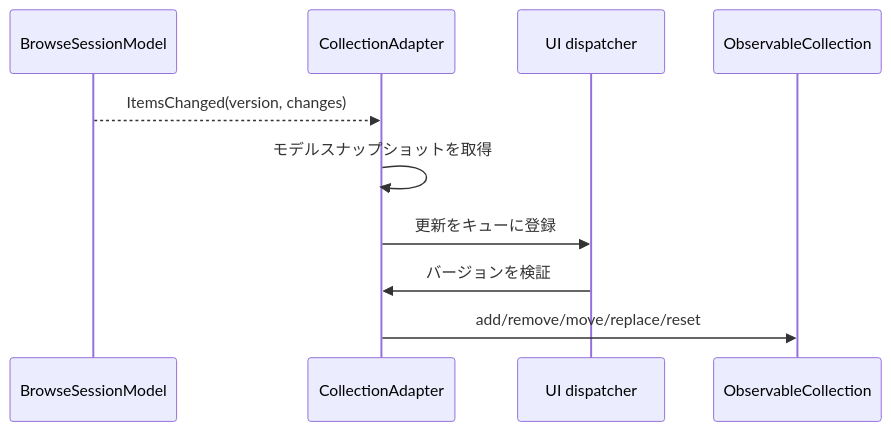
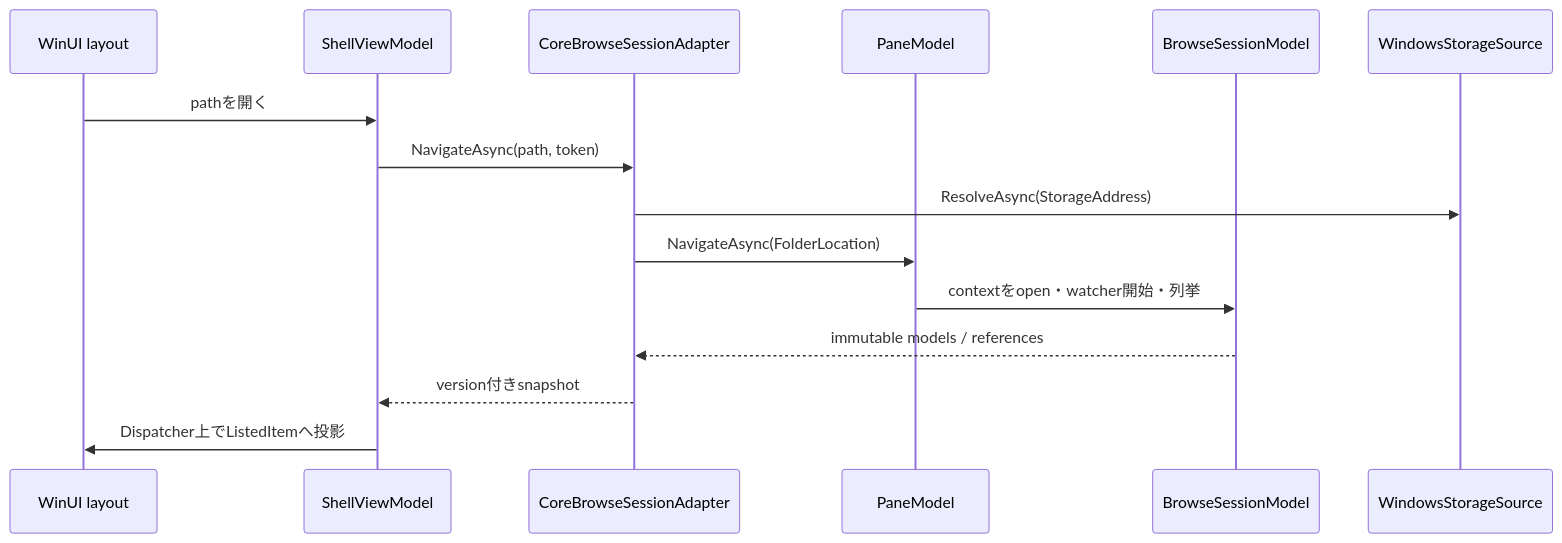
The third of 4 diagrams in docs/architecture/files-app.md (0x5bfa/Files), drawn with Mermaid before and after one commit. The commit also changed other lines of this file and 2 other files, not shown here.

Commit message:
Document the Files.App Core integration boundary

````diff
--- a/docs/architecture/files-app.md
+++ b/docs/architecture/files-app.md
@@ -416,13 +72,18 @@
 ```mermaid
 sequenceDiagram
+    participant View as WinUI layout
+    participant Shell as ShellViewModel
+    participant Adapter as CoreBrowseSessionAdapter
+    participant Pane as PaneModel
     participant Session as BrowseSessionModel
-    participant Adapter as CollectionAdapter
-    participant Dispatcher as UI dispatcher
-    participant Items as ObservableCollection
+    participant Source as WindowsStorageSource
 
-    Session-->>Adapter: ItemsChanged(version, changes)
-    Adapter->>Adapter: モデルスナップショットを取得
-    Adapter->>Dispatcher: 更新をキューに登録
-    Dispatcher->>Adapter: バージョンを検証
-    Adapter->>Items: add/remove/move/replace/reset
+    View->>Shell: pathを開く
+    Shell->>Adapter: NavigateAsync(path, token)
+    Adapter->>Source: ResolveAsync(StorageAddress)
+    Adapter->>Pane: NavigateAsync(FolderLocation)
+    Pane->>Session: contextをopen・watcher開始・列挙
+    Session-->>Adapter: immutable models / references
+    Adapter-->>Shell: version付きsnapshot
+    Shell->>View: Dispatcher上でListedItemへ投影
 ```
````
